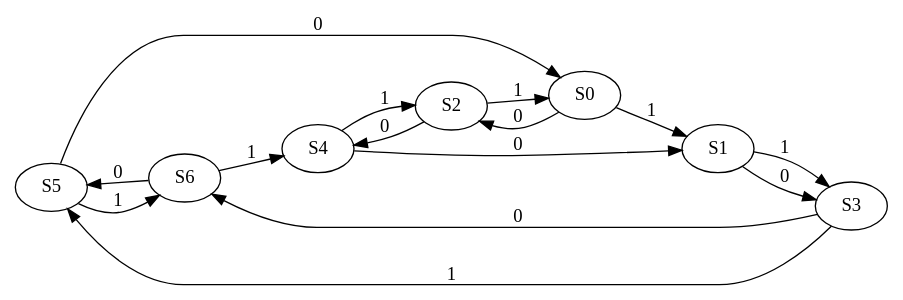
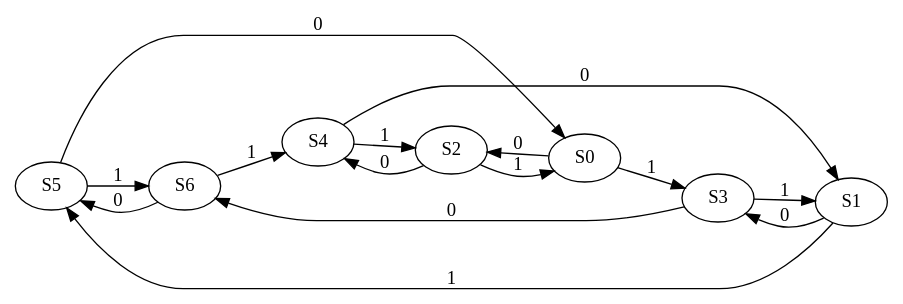
The diagram in statediagram.gv (Odnes/digielecguide), drawn with Graphviz before and after one commit. The commit also changed 2 other files, not shown here.

```diff
--- a/statediagram.gv
+++ b/statediagram.gv
@@ -1,7 +1,7 @@
 digraph G {
   rankdir=LR;
-  
-  S5 -> S6 -> S4 -> S2 -> S0 -> S1 -> S3 -> S5 [label="1"];
+
+  S5 -> S6 -> S4 -> S2 -> S0 -> S3 -> S1 -> S5 [label="1"];
   S4 -> S1 -> S3 -> S6 -> S5 -> S0 -> S2 -> S4 [label="0"];
 
 }
```
